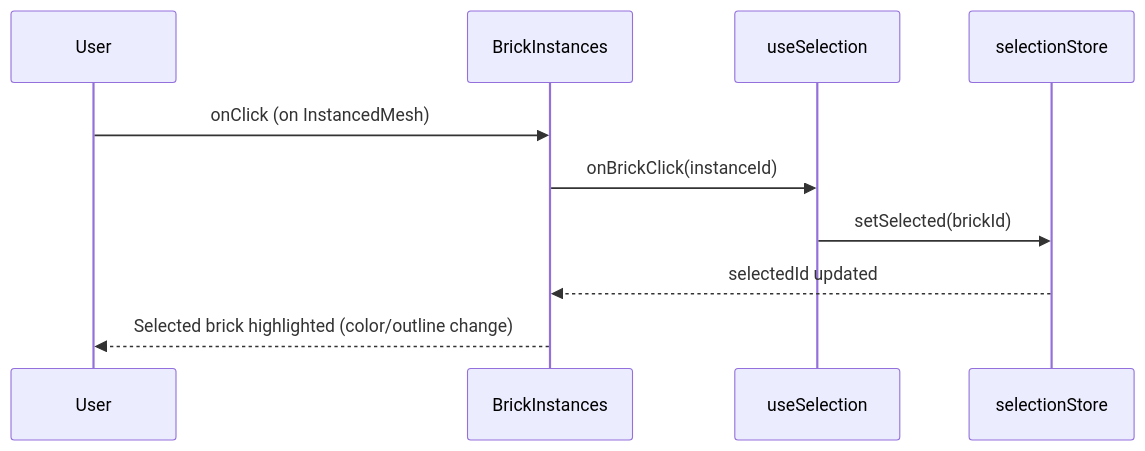
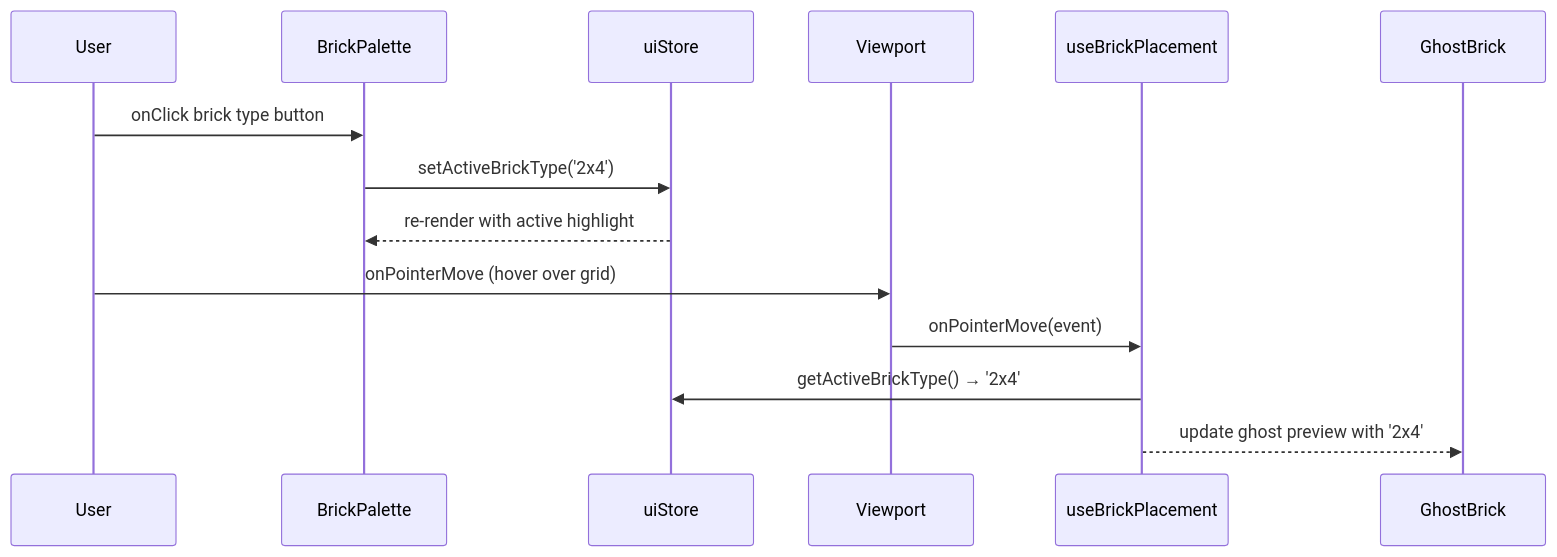
The fifth of 5 diagrams in docs/bugs/BUG-088/LOW_LEVEL_DESIGN.md (sreenivasmrpivot/legobuilder), drawn with Mermaid before and after one commit. The commit also changed other lines of this file, not shown here.

````diff
--- a/docs/bugs/BUG-088/LOW_LEVEL_DESIGN.md
+++ b/docs/bugs/BUG-088/LOW_LEVEL_DESIGN.md
@@ -628,14 +498,17 @@
 ```mermaid
 sequenceDiagram
     participant User
-    participant BrickInstances
-    participant useSelection
-    participant selectionStore
-    participant BrickInstances
+    participant BrickPalette
+    participant uiStore
+    participant Viewport
+    participant useBrickPlacement
 
-    User->>BrickInstances: onClick (on InstancedMesh)
-    BrickInstances->>useSelection: onBrickClick(instanceId)
-    useSelection->>selectionStore: setSelected(brickId)
-    selectionStore-->>BrickInstances: selectedId updated
-    BrickInstances-->>User: Selected brick highlighted (color/outline change)
+    User->>BrickPalette: onClick brick type button
+    BrickPalette->>uiStore: setActiveBrickType('2x4')
+    uiStore-->>BrickPalette: re-render with active highlight
+
+    User->>Viewport: onPointerMove (hover over grid)
+    Viewport->>useBrickPlacement: onPointerMove(event)
+    useBrickPlacement->>uiStore: getActiveBrickType() → '2x4'
+    useBrickPlacement-->>GhostBrick: update ghost preview with '2x4'
 ```
````
